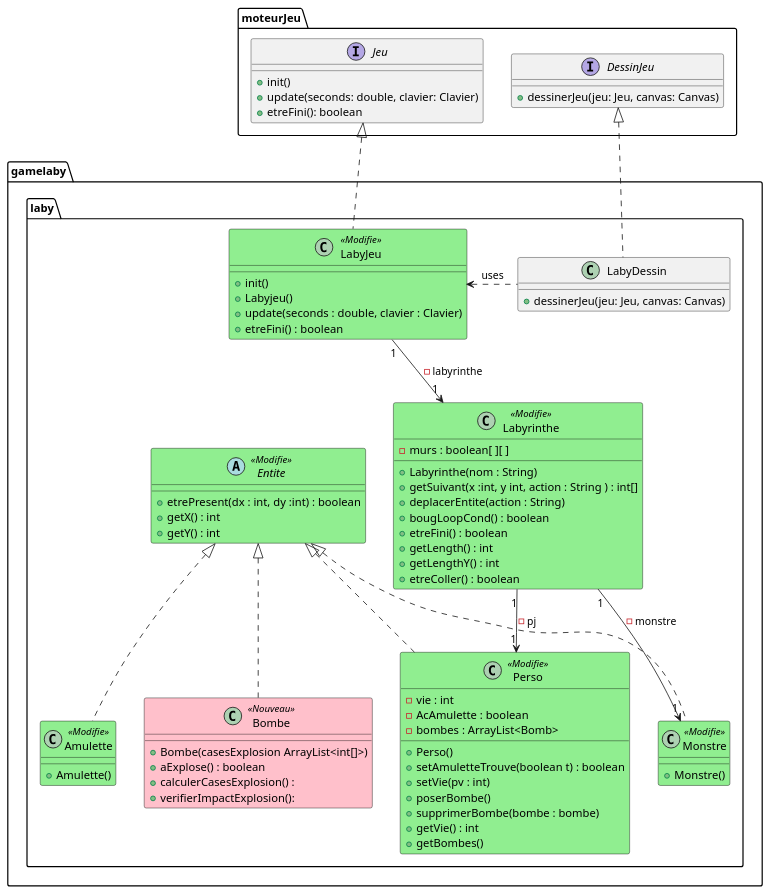
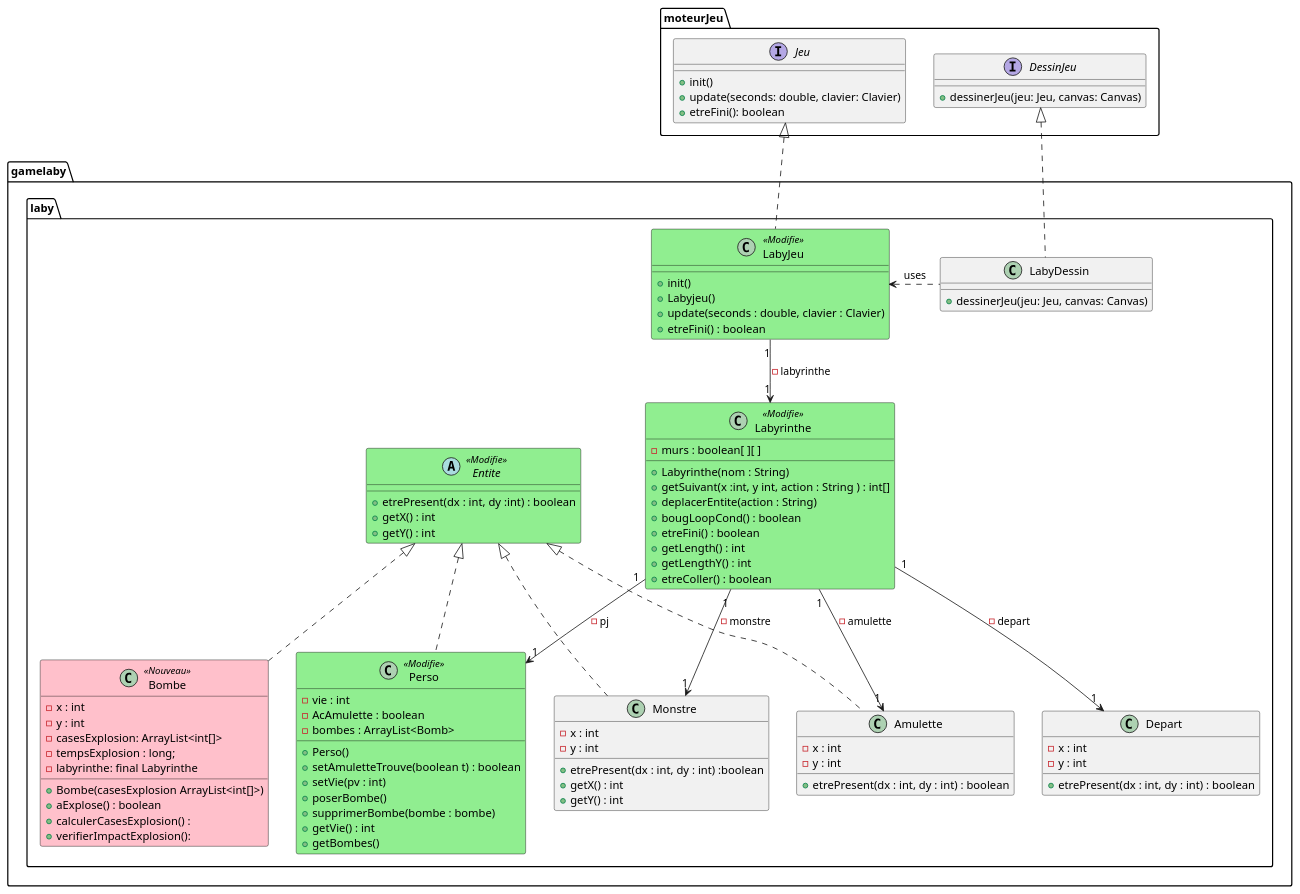
Before and after one commit to Jean-BaptisteEvan/2022_Zeldiablo_jeandidi3u_hary16u_jeanbap14u_dirand13u: the diagram in zeldiablo/documents/version_4/DiagrammeClasseTroisiemeIteration.puml, drawn with PlantUML. The commit also changed 6 other files, not shown here.

Commit message:
modif diagramme

```diff
--- a/zeldiablo/documents/version_4/DiagrammeClasseTroisiemeIteration.puml
+++ b/zeldiablo/documents/version_4/DiagrammeClasseTroisiemeIteration.puml
@@ -1,104 +1,115 @@
 @startuml
 skinparam class{
     backgroundColor<<Nouveau>> Pink
     borderColor<<Nouveau>>  Black
     backgroundColor<<Modifie>> LightGreen
     borderColor<<Modifie>>  Black
 }
 package moteurJeu{
 interface Jeu{
 + init()
 + update(seconds: double, clavier: Clavier)
 + etreFini(): boolean
 }
 
 
 interface DessinJeu {
 + dessinerJeu(jeu: Jeu, canvas: Canvas)
 }
 }
 package gamelaby.laby{
     class LabyDessin{
         + dessinerJeu(jeu: Jeu, canvas: Canvas)
     }
 
 DessinJeu <|.. LabyDessin
     class LabyJeu <<Modifie>>{
         +init()
         +Labyjeu()
         +update(seconds : double, clavier : Clavier)
         +etreFini() : boolean
         }
 
 Jeu <|.. LabyJeu
 
     class Labyrinthe <<Modifie>>{
         -murs : boolean[ ][ ]
         +Labyrinthe(nom : String)
         +getSuivant(x :int, y int, action : String ) : int[]
         +deplacerEntite(action : String)
         +bougLoopCond() : boolean
         +etreFini() : boolean
         +getLength() : int
         +getLengthY() : int
         +etreColler() : boolean
 
 
     }
 LabyJeu "1" --> "1" Labyrinthe : -labyrinthe
     abstract class Entite <<Modifie>> {
         +etrePresent(dx : int, dy :int) : boolean
         + getX() : int
         + getY() : int
     }
 
 
     class Perso <<Modifie>>{
     -vie : int
     -AcAmulette : boolean
     -bombes : ArrayList<Bomb>
     +Perso()
     +setAmuletteTrouve(boolean t) : boolean
     +setVie(pv : int)
     +poserBombe()
     +supprimerBombe(bombe : bombe)
     +getVie() : int
     +getBombes()
 
 
+    }
+    class Monstre{
+        -x : int
+        -y : int
+        +etrePresent(dx : int, dy : int) :boolean
+        +getX() : int
+        +getY() : int
 
-
-
-    }
-    class Monstre <<Modifie>>{
-
-
-    +Monstre()
-
-    }
-    class Amulette<<Modifie>>{
-
-
-        +Amulette()
-
-    }
+        }
+        class Amulette{
+            -x : int
+            -y : int
+            +etrePresent(dx : int, dy : int) : boolean
+        }
+    class Depart{
+            -x : int
+            -y : int
+            + etrePresent(dx : int, dy : int) : boolean
+        }
     class Bombe<<Nouveau>>{
+            -x : int
+            -y : int
+            -casesExplosion: ArrayList<int[]>
+            -tempsExplosion : long;
+            -labyrinthe: final Labyrinthe
             +Bombe(casesExplosion ArrayList<int[]>)
             +aExplose() : boolean
             +calculerCasesExplosion() :
             +verifierImpactExplosion():
+
         }
 
 
 Entite <|.. Amulette
  Entite <|.. Perso
  Entite <|.. Monstre
  Entite <|.. Bombe
  Labyrinthe "1" --> "1" Perso : -pj
  Labyrinthe "1" --> "1" Monstre : -monstre
+ Labyrinthe "1" --> "1" Amulette : -amulette
+ Labyrinthe "1" --> "1" Depart : -depart
  LabyJeu <. LabyDessin:uses
     }
 
 
 
 @enduml
```
